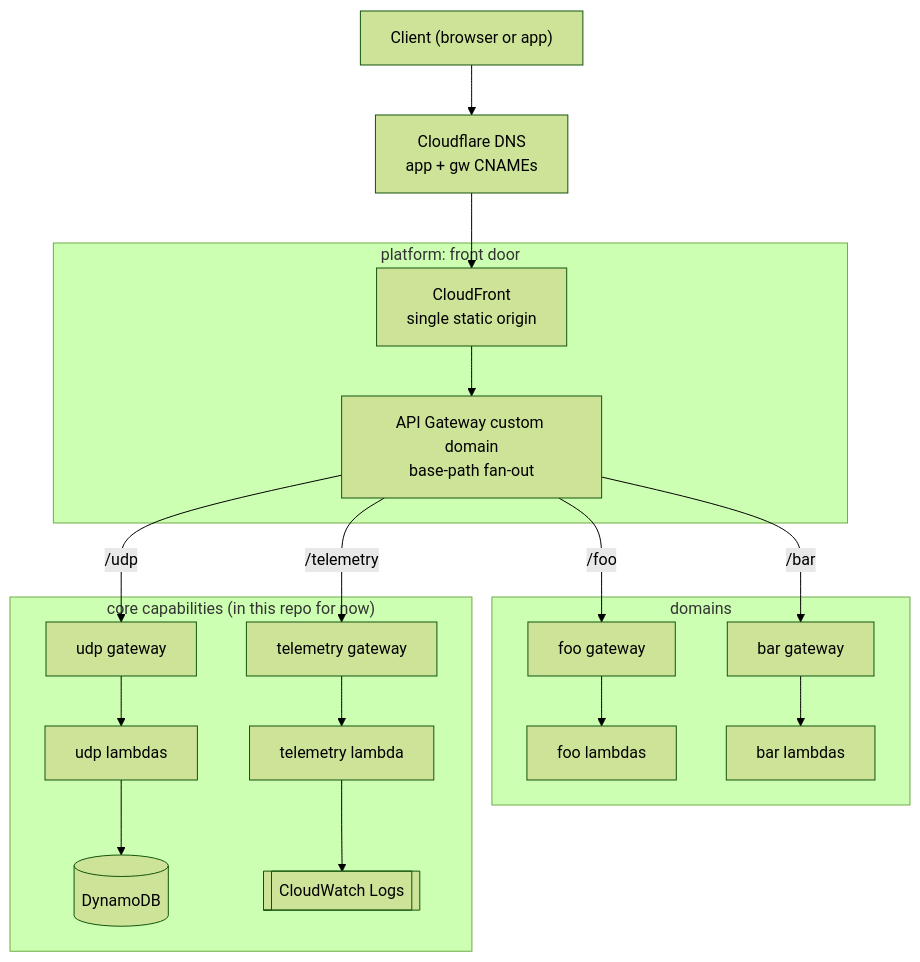
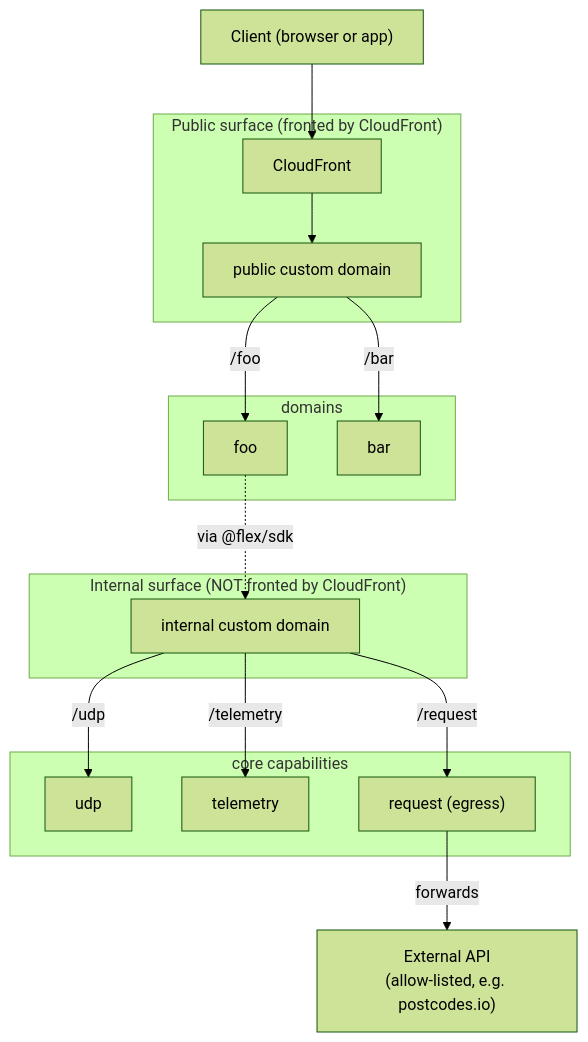
One commit to kevcjones/flex-minipoc changed the diagram in README.md. Above: the diagram before and after it, drawn with Mermaid (forest theme). The commit also changed other lines of this file, not shown here.

First line of the commit message:
docs: document the two surfaces and the egress gateway

````diff
--- a/README.md
+++ b/README.md
@@ -35,26 +39,35 @@
 ```mermaid
 flowchart TB
     Client["Client (browser or app)"]
-    DNS["Cloudflare DNS<br/>app + gw CNAMEs"]
+    Ext["External API<br/>(allow-listed, e.g. postcodes.io)"]
 
-    subgraph PlatformZone["platform: front door"]
-        CF["CloudFront<br/>single static origin"]
-        CD["API Gateway custom domain<br/>base-path fan-out"]
+    subgraph Public["Public surface (fronted by CloudFront)"]
+        CF["CloudFront"]
+        PUB["public custom domain"]
     end
 
     subgraph DomainsZone["domains"]
-        FOO["foo gateway"] --> FOOL["foo lambdas"]
-        BAR["bar gateway"] --> BARL["bar lambdas"]
+        FOO["foo"]
+        BAR["bar"]
     end
 
-    subgraph CoreZone["core capabilities (in this repo for now)"]
-        UDP["udp gateway"] --> UDPL["udp lambdas"] --> DDB[("DynamoDB")]
-        TEL["telemetry gateway"] --> TELL["telemetry lambda"] --> CW[["CloudWatch Logs"]]
+    subgraph Internal["Internal surface (NOT fronted by CloudFront)"]
+        INT["internal custom domain"]
     end
 
-    Client --> DNS --> CF --> CD
-    CD -->|/foo| FOO
-    CD -->|/bar| BAR
-    CD -->|/udp| UDP
-    CD -->|/telemetry| TEL
+    subgraph CoreZone["core capabilities"]
+        UDP["udp"]
+        TEL["telemetry"]
+        REQ["request (egress)"]
+    end
+
+    Client --> CF --> PUB
+    PUB -->|/foo| FOO
+    PUB -->|/bar| BAR
+
+    FOO -. "via @flex/sdk" .-> INT
+    INT -->|/udp| UDP
+    INT -->|/telemetry| TEL
+    INT -->|/request| REQ
+    REQ -->|forwards| Ext
 ```
````
